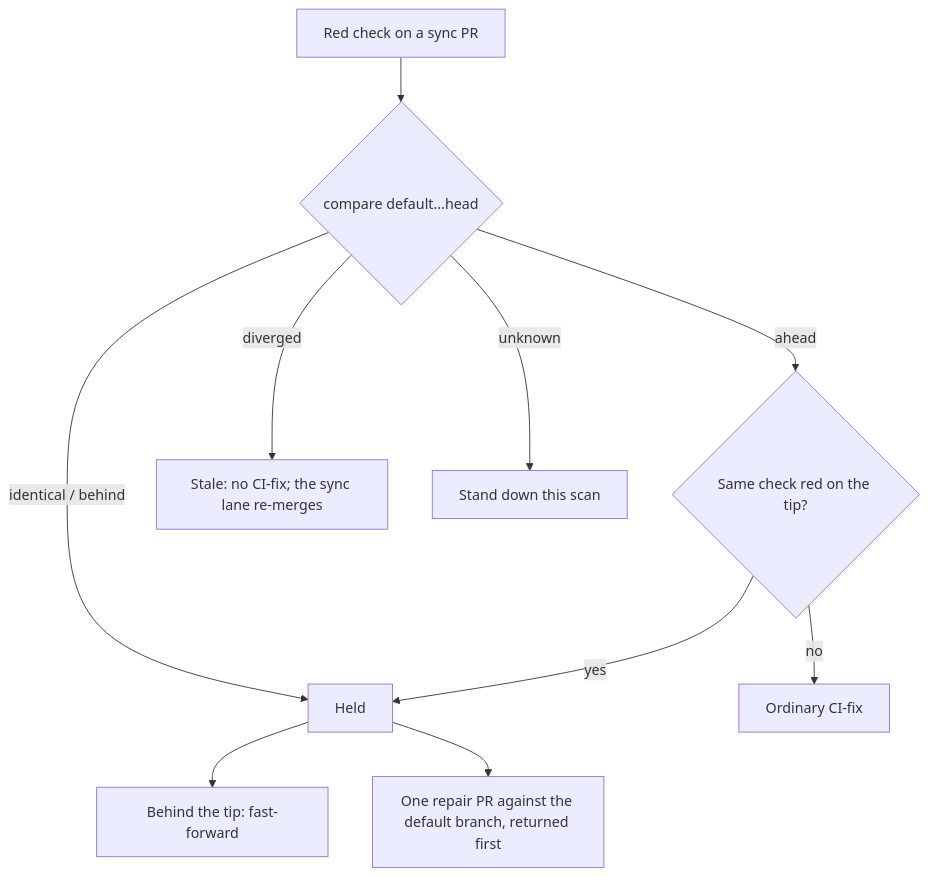
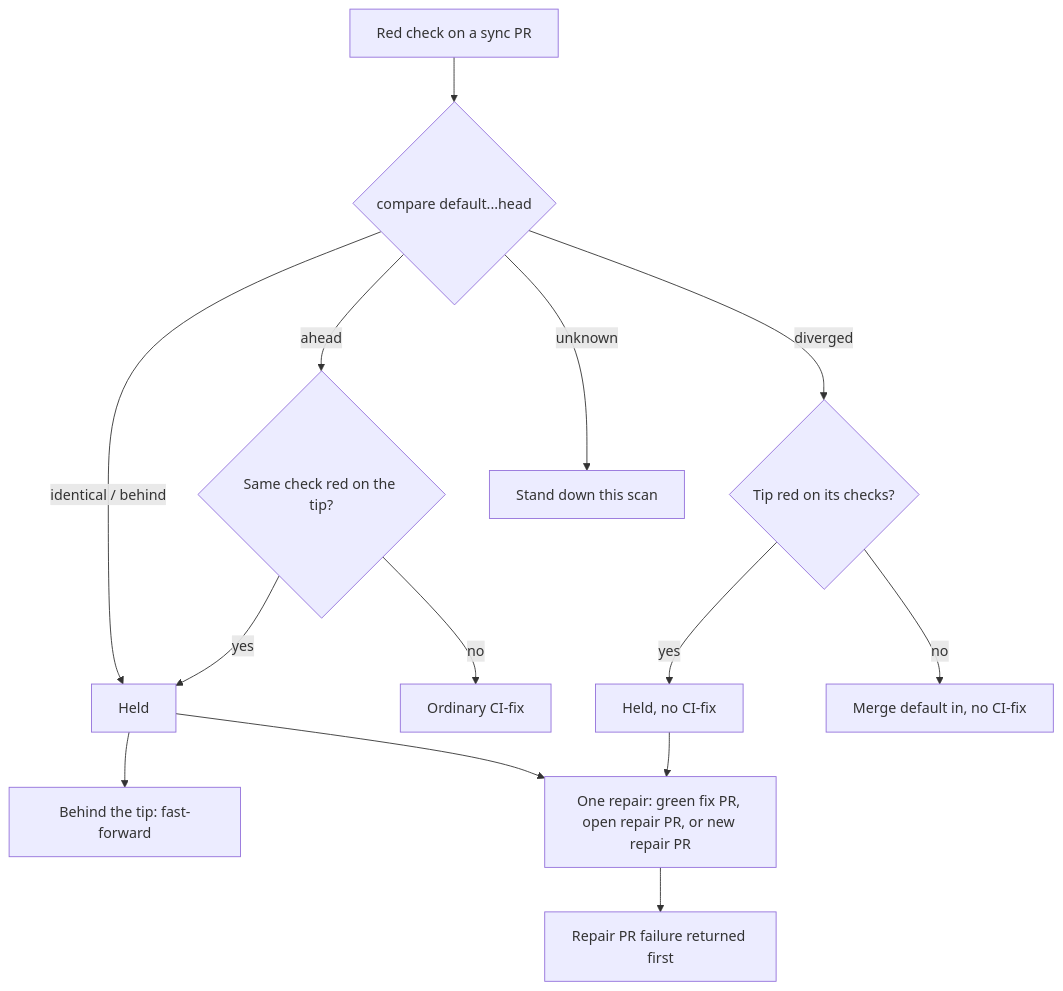
One commit to stSoftwareAU/VibeCoder changed the diagram in docs/archive/pr-summaries/pr-summary-5437.md. Above: the diagram before and after it, drawn with Mermaid. The commit also changed other lines of this file, not shown here.

````diff
--- a/docs/archive/pr-summaries/pr-summary-5437.md
+++ b/docs/archive/pr-summaries/pr-summary-5437.md
@@ -70,12 +60,16 @@
 ```mermaid
 flowchart TD
     S["Red check on a sync PR"] --> A{"compare default...head"}
     A -- "identical / behind" --> H["Held"]
     A -- "ahead" --> T{"Same check red on the tip?"}
     T -- yes --> H
     T -- no --> O["Ordinary CI-fix"]
-    A -- "diverged" --> D["Stale: no CI-fix; the sync lane re-merges"]
+    A -- "diverged" --> D{"Tip red on its checks?"}
+    D -- yes --> H2["Held, no CI-fix"]
+    D -- no --> M["Merge default in, no CI-fix"]
     A -- "unknown" --> U["Stand down this scan"]
     H --> FF["Behind the tip: fast-forward"]
-    H --> R["One repair PR against the default branch, returned first"]
+    H --> R["One repair: green fix PR, open repair PR, or new repair PR"]
+    H2 --> R
+    R --> P["Repair PR failure returned first"]
 ```
````
